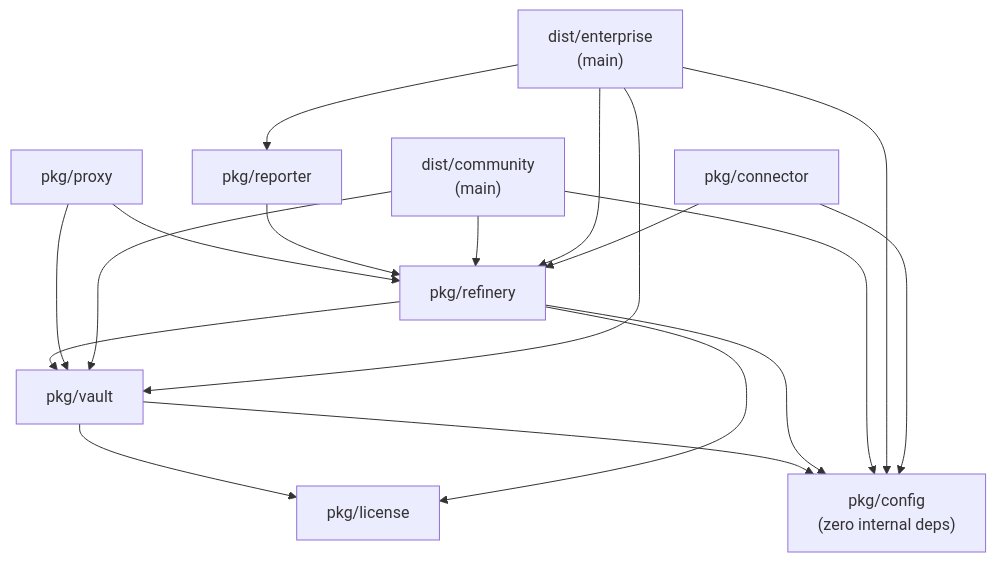
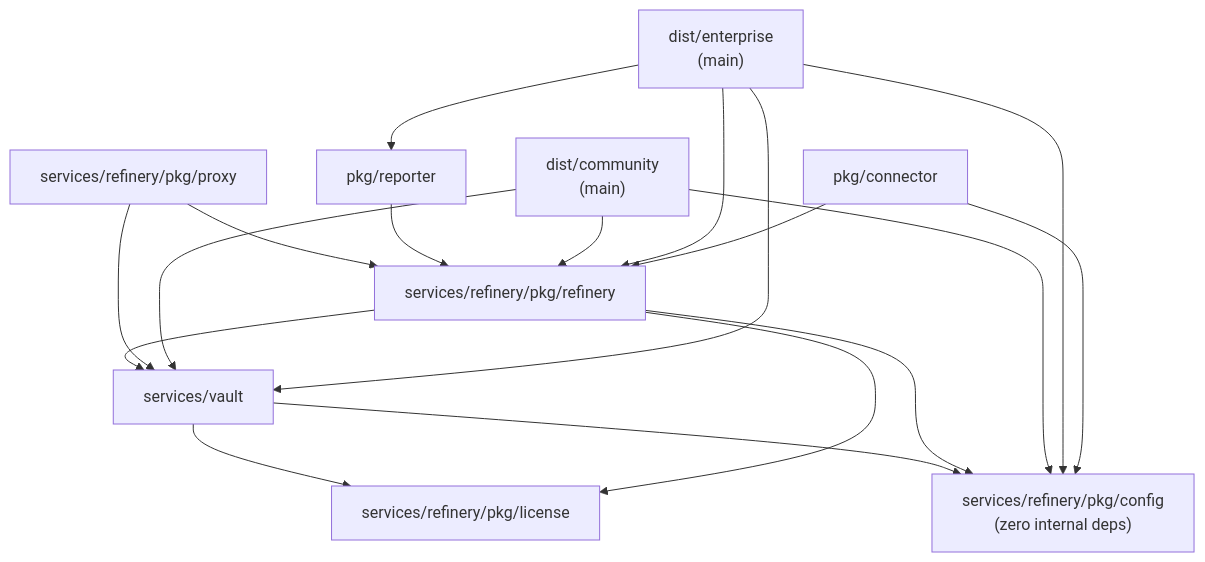
Before and after one commit to Edu963/ocultar: the fifth of 5 diagrams in docs/reference/ARCHITECTURE.md, drawn with Mermaid. The commit also changed other lines of this file and 1 other file, not shown here.

Commit message:
refactor: reorganize project structure by moving core packages into services directory and update documentation paths

````diff
--- a/docs/reference/ARCHITECTURE.md
+++ b/docs/reference/ARCHITECTURE.md
@@ -212,30 +212,30 @@
 ```mermaid
 graph TD
-    Config["pkg/config\n(zero internal deps)"]
-    License["pkg/license"]
-    Vault["pkg/vault"]
-    Refinery["pkg/refinery"]
-    Proxy["pkg/proxy"]
+    Config["services/refinery/pkg/config\n(zero internal deps)"]
+    License["services/refinery/pkg/license"]
+    Vault["services/vault"]
+    Refinery["services/refinery/pkg/refinery"]
+    Proxy["services/refinery/pkg/proxy"]
     Reporter["pkg/reporter"]
     DistCommunity["dist/community\n(main)"]
     DistEnterprise["dist/enterprise\n(main)"]
     Connectors["pkg/connector"]
 
     Vault --> Config
     Vault --> License
     Refinery --> Config
     Refinery --> Vault
     Refinery --> License
     Proxy --> Refinery
     Proxy --> Vault
     Reporter --> Refinery
     DistCommunity --> Refinery
     DistCommunity --> Vault
     DistCommunity --> Config
     DistEnterprise --> Refinery
     DistEnterprise --> Vault
     DistEnterprise --> Config
     DistEnterprise --> Reporter
     Connectors --> Refinery
     Connectors --> Config
 ```
````
